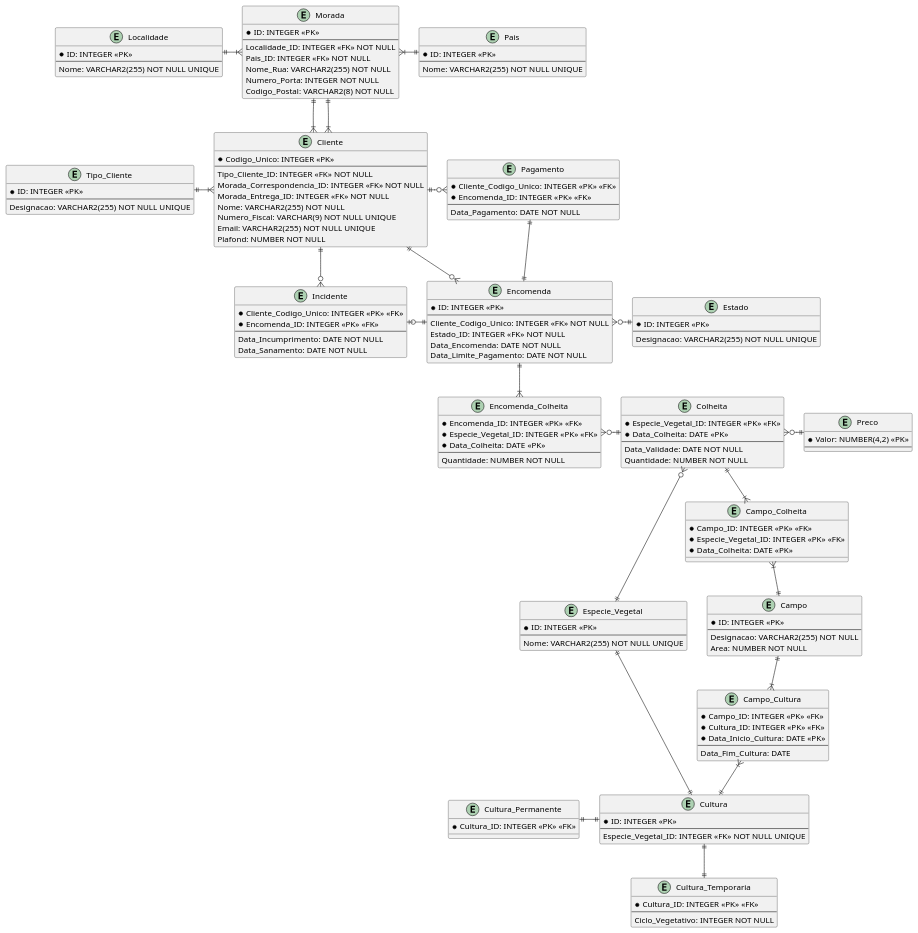
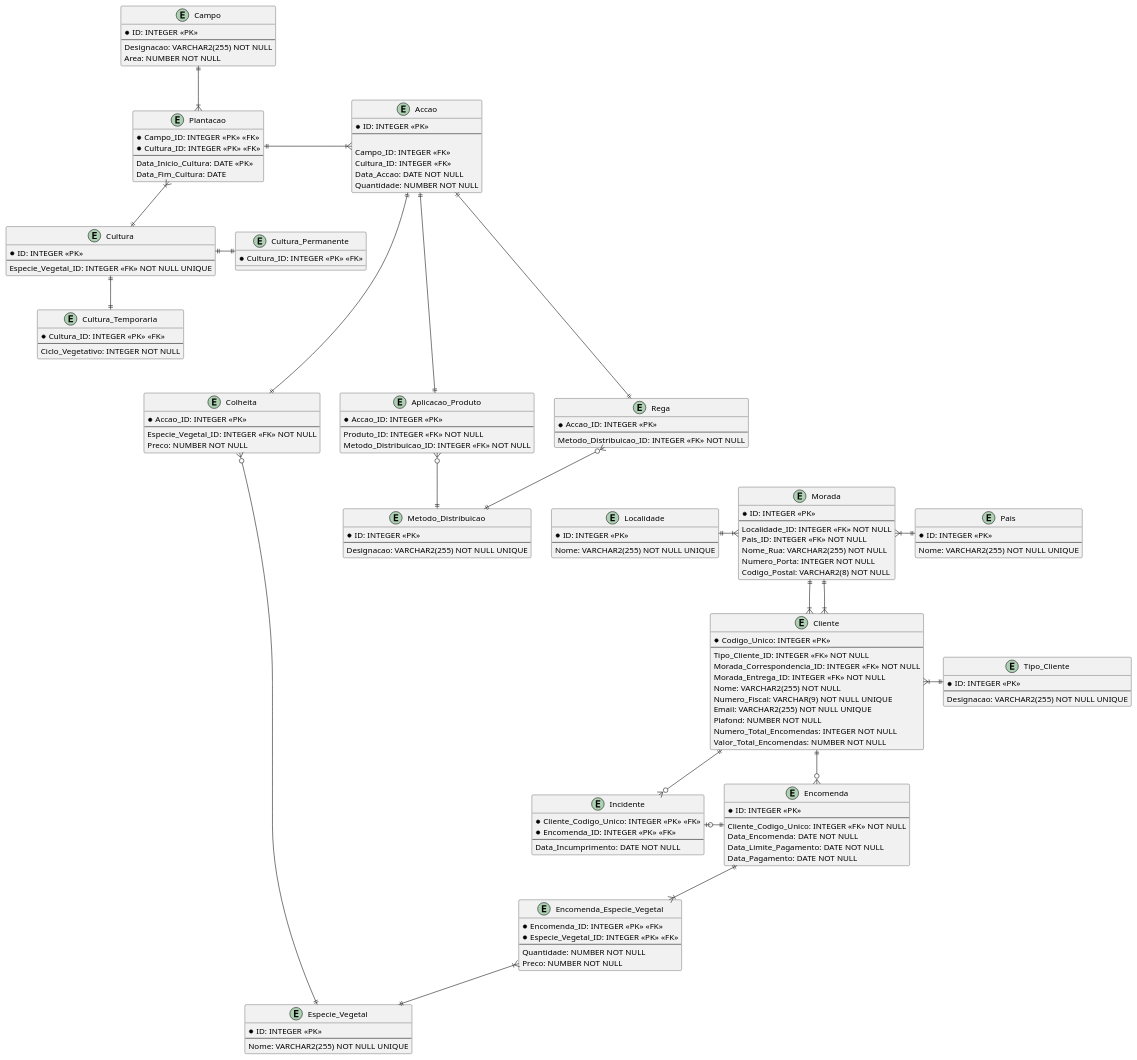
One commit to Mendoncaa/LAPR3 changed the diagram in BDDAD/Quinta-Finanças.puml. Above: the diagram before and after it, drawn with PlantUML. The commit also changed 1 other file, not shown here.

```diff
--- a/BDDAD/Quinta-Finanças.puml
+++ b/BDDAD/Quinta-Finanças.puml
@@ -1,194 +1,193 @@
 @startuml Quinta-Finanças
 
 /'TODO #1:- Verificar se a Designação de um Campo é única e se estas 
 devem seguir um conjunto de regras;'/
 /'TODO #2:- Determinar o valor minímo de uma qualquer Área;'/
 /'Constraints:- [[Area, CHECK(Area > Mínimo)]]'/
 entity Campo {
     * ID: INTEGER <<PK>>
     --
     Designacao: VARCHAR2(255) NOT NULL
     Area: NUMBER NOT NULL
 }
 
 /'Triggers:-
     #1: Verificar que uma Cultura não é simultaneamente uma Cultura_Temporaria
     e Cultura_Permanente;'/
 entity Cultura {
     * ID: INTEGER <<PK>>
     --
     Especie_Vegetal_ID: INTEGER <<FK>> NOT NULL UNIQUE
 }
 
-/'Constraints:- [[Campo_ID, Data_Inicio_Cultura, UNIQUE(Campo_ID, Data_Inicio_Cultura)], 
-[Data_Fim_Cultura, CHECK(Data_Fim_Cultura < Data_Inicio_Cultura)]]'/
-entity Campo_Cultura {
-    * Campo_ID: INTEGER <<PK>> <<FK>>
-    * Cultura_ID: INTEGER <<PK>> <<FK>>
-    * Data_Inicio_Cultura: DATE <<PK>>
-    --
-    Data_Fim_Cultura: DATE
-}
-
 /'Contraints:- [[Ciclo_Vegetativo, CHECK(Ciclo_Vegetativo > 0)], 
 [Ciclo_Vegetativo, CHECK(Ciclo_Vegetativo < 12)]]'/
 entity Cultura_Temporaria {
     * Cultura_ID: INTEGER <<PK>> <<FK>>
     --
     Ciclo_Vegetativo: INTEGER NOT NULL
 }
 
 entity Cultura_Permanente {
     * Cultura_ID: INTEGER <<PK>> <<FK>>
 }
 
-/'Constraints:- [[Preco, CHECK(Preco > 0)]]'/
+/'Constraints:- [[Campo_ID, Data_Inicio_Cultura, UNIQUE(Campo_ID, Data_Inicio_Cultura)], 
+[Data_Fim_Cultura, CHECK(Data_Fim_Cultura < Data_Inicio_Cultura)]]'/
+entity Plantacao {
+    * Campo_ID: INTEGER <<PK>> <<FK>>
+    * Cultura_ID: INTEGER <<PK>> <<FK>>
+    --
+    Data_Inicio_Cultura: DATE <<PK>>
+    Data_Fim_Cultura: DATE
+}
+
 entity Especie_Vegetal {
     * ID: INTEGER <<PK>>
     --
     Nome: VARCHAR2(255) NOT NULL UNIQUE
 }
 
-entity Preco {
-    * Valor: NUMBER(4,2) <<PK>>
+entity Tipo_Cliente {
+    * ID: INTEGER <<PK>>
     --
-}
-
-/'Constraints:- [[Data_Validade, CHECK(Data_Validade > Data_Colheita)]]'/
-entity Colheita {
-    * Especie_Vegetal_ID: INTEGER <<PK>> <<FK>>
-    * Data_Colheita: DATE <<PK>>
-    --
-    Data_Validade: DATE NOT NULL
-    Quantidade: NUMBER NOT NULL
-}
-
-entity Campo_Colheita {
-    * Campo_ID: INTEGER <<PK>> <<FK>>
-    * Especie_Vegetal_ID: INTEGER <<PK>> <<FK>>
-    * Data_Colheita: DATE <<PK>> 
+    Designacao: VARCHAR2(255) NOT NULL UNIQUE
 }
 
 /'Constraints:- [[Numero_Fiscal, CHECK(Numero_Fiscal LIKE "[0-9]{9}")], 
 [Email, CHECK(Email LIKE "[a-z][0-9a-z]*@[a-z]+\.[a-z]")]]'/
 entity Cliente {
     * Codigo_Unico: INTEGER <<PK>>
     --
     Tipo_Cliente_ID: INTEGER <<FK>> NOT NULL
     Morada_Correspondencia_ID: INTEGER <<FK>> NOT NULL
     Morada_Entrega_ID: INTEGER <<FK>> NOT NULL
     Nome: VARCHAR2(255) NOT NULL
     Numero_Fiscal: VARCHAR(9) NOT NULL UNIQUE
     Email: VARCHAR2(255) NOT NULL UNIQUE
     Plafond: NUMBER NOT NULL
-}
-
-entity Tipo_Cliente {
-    * ID: INTEGER <<PK>>
-    --
-    Designacao: VARCHAR2(255) NOT NULL UNIQUE
+    Numero_Total_Encomendas: INTEGER NOT NULL
+    Valor_Total_Encomendas: NUMBER NOT NULL
 }
 
 /'Constraints:- [[Numero_Porta, CHECK(Numero_Porta > 0)], 
 [Codigo_Postal, CHECK(Codigo_Postal LIKE "[0-9]{4}-[0-9]{3}")]]'/
 entity Morada {
     * ID: INTEGER <<PK>>
     --
     Localidade_ID: INTEGER <<FK>> NOT NULL
     Pais_ID: INTEGER <<FK>> NOT NULL
     Nome_Rua: VARCHAR2(255) NOT NULL
     Numero_Porta: INTEGER NOT NULL
     Codigo_Postal: VARCHAR2(8) NOT NULL
 }
 
 entity Localidade {
     * ID: INTEGER <<PK>>
     --
     Nome: VARCHAR2(255) NOT NULL UNIQUE
 }
 
 entity Pais {
     * ID: INTEGER <<PK>>
     --
     Nome: VARCHAR2(255) NOT NULL UNIQUE
 }
 
 entity Encomenda {
     * ID: INTEGER <<PK>>
     --
     Cliente_Codigo_Unico: INTEGER <<FK>> NOT NULL
-    Estado_ID: INTEGER <<FK>> NOT NULL
     Data_Encomenda: DATE NOT NULL
     Data_Limite_Pagamento: DATE NOT NULL
+    Data_Pagamento: DATE NOT NULL
 }
 
-entity Estado {
+/'Triggers:-
+    #1:'/
+entity Incidente {
+    * Cliente_Codigo_Unico: INTEGER <<PK>> <<FK>>
+    * Encomenda_ID: INTEGER <<PK>> <<FK>>
+    --
+    Data_Incumprimento: DATE NOT NULL
+}
+
+entity Encomenda_Especie_Vegetal {
+    * Encomenda_ID: INTEGER <<PK>> <<FK>>
+    * Especie_Vegetal_ID: INTEGER <<PK>> <<FK>>
+    --
+    Quantidade: NUMBER NOT NULL
+    Preco: NUMBER NOT NULL
+}
+
+/'Constraints:- [[Quantidade, CHECK(Quantidade > 0)]]'/
+entity Accao {
+    * ID: INTEGER <<PK>>
+    --
+
+    Campo_ID: INTEGER <<FK>>
+    Cultura_ID: INTEGER <<FK>>
+    Data_Accao: DATE NOT NULL
+    Quantidade: NUMBER NOT NULL
+}
+
+entity Metodo_Distribuicao {
     * ID: INTEGER <<PK>>
     --
     Designacao: VARCHAR2(255) NOT NULL UNIQUE
 }
 
-entity Pagamento {
-    * Cliente_Codigo_Unico: INTEGER <<PK>> <<FK>>
-    * Encomenda_ID: INTEGER <<PK>> <<FK>>
+entity Rega {
+    * Accao_ID: INTEGER <<PK>>
     --
-    Data_Pagamento: DATE NOT NULL
+    Metodo_Distribuicao_ID: INTEGER <<FK>> NOT NULL
 }
 
-/'Constraints:- [[Data_Sanamento, CHECK(Data_Sanamento >= Data_Incumprimento)]]'/
-entity Incidente {
-    * Cliente_Codigo_Unico: INTEGER <<PK>> <<FK>>
-    * Encomenda_ID: INTEGER <<PK>> <<FK>>
+entity Aplicacao_Produto {
+    * Accao_ID: INTEGER <<PK>>
     --
-    Data_Incumprimento: DATE NOT NULL
-    Data_Sanamento: DATE NOT NULL
+    Produto_ID: INTEGER <<FK>> NOT NULL
+    Metodo_Distribuicao_ID: INTEGER <<FK>> NOT NULL
 }
 
-/'Constraints:- [[Quantidade, CHECK(Quantidade > 0)], [Preco, CHECK(Preco > 0)]]'/
-/'Triggers:-
-    #1: Quantidade da Espécie Vegetal encomendada não deve ser superior à Quantidade
-    extraída na Colheita feita no mesmo período da Encomenda;'/
-entity Encomenda_Colheita {
-    * Encomenda_ID: INTEGER <<PK>> <<FK>>
-    * Especie_Vegetal_ID: INTEGER <<PK>> <<FK>>
-    * Data_Colheita: DATE <<PK>>
+entity Colheita {
+    * Accao_ID: INTEGER <<PK>>
     --
-    Quantidade: NUMBER NOT NULL
+    Especie_Vegetal_ID: INTEGER <<FK>> NOT NULL
+    Preco: NUMBER NOT NULL
 }
 
-Campo ||-d-|{ Campo_Cultura
-Campo ||-u-|{ Campo_Colheita
+Campo ||-d-|{ Plantacao
 
-Colheita ||-d-|{ Campo_Colheita
-Colheita ||-l-o{ Encomenda_Colheita
+Cultura ||-u-|{ Plantacao
+Cultura ||-d-|| Cultura_Temporaria
+Cultura ||-r-|| Cultura_Permanente
 
-Cultura ||-u-|{ Campo_Cultura
-Cultura ||-d-|| Cultura_Temporaria
-Cultura ||-l-|| Cultura_Permanente
-Cultura ||-u-|| Especie_Vegetal
+Plantacao ||-r-|{ Accao
+
+Tipo_Cliente ||-l-|{ Cliente
 
 Morada ||-d-|{ Cliente
 Morada ||-d-|{ Cliente
 
 Localidade ||-r-|{ Morada
 
 Pais ||-l-|{ Morada
 
-Tipo_Cliente ||-r-|{ Cliente
-
-Preco ||-l-o{ Colheita
-
-Especie_Vegetal ||-u-o{ Colheita
-
-Estado ||-l-o{ Encomenda
-
 Cliente ||-d-o{ Encomenda
 Cliente ||-d-o{ Incidente
-Cliente ||-r-o{ Pagamento
 
-Encomenda ||-d-|{ Encomenda_Colheita
 Encomenda ||-l-o| Incidente
+Encomenda ||-d-|{ Encomenda_Especie_Vegetal
 
-Pagamento ||-d-|| Encomenda
+Especie_Vegetal ||-u-|{ Encomenda_Especie_Vegetal
+Especie_Vegetal ||---u---o{ Colheita
+
+Accao ||--d--|| Rega
+Accao ||--d--|| Aplicacao_Produto
+Accao ||--d--|| Colheita
+
+Metodo_Distribuicao ||-u-o{ Rega
+Metodo_Distribuicao ||-u-o{ Aplicacao_Produto
 
 @enduml
```
